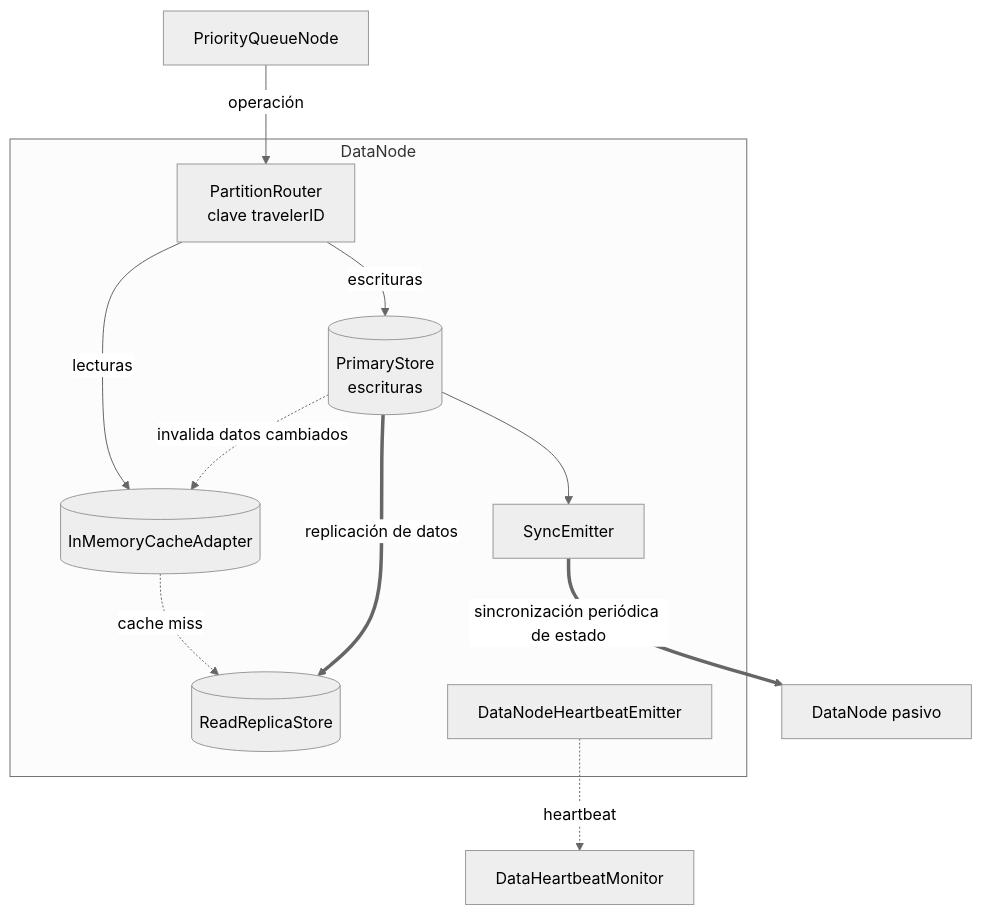
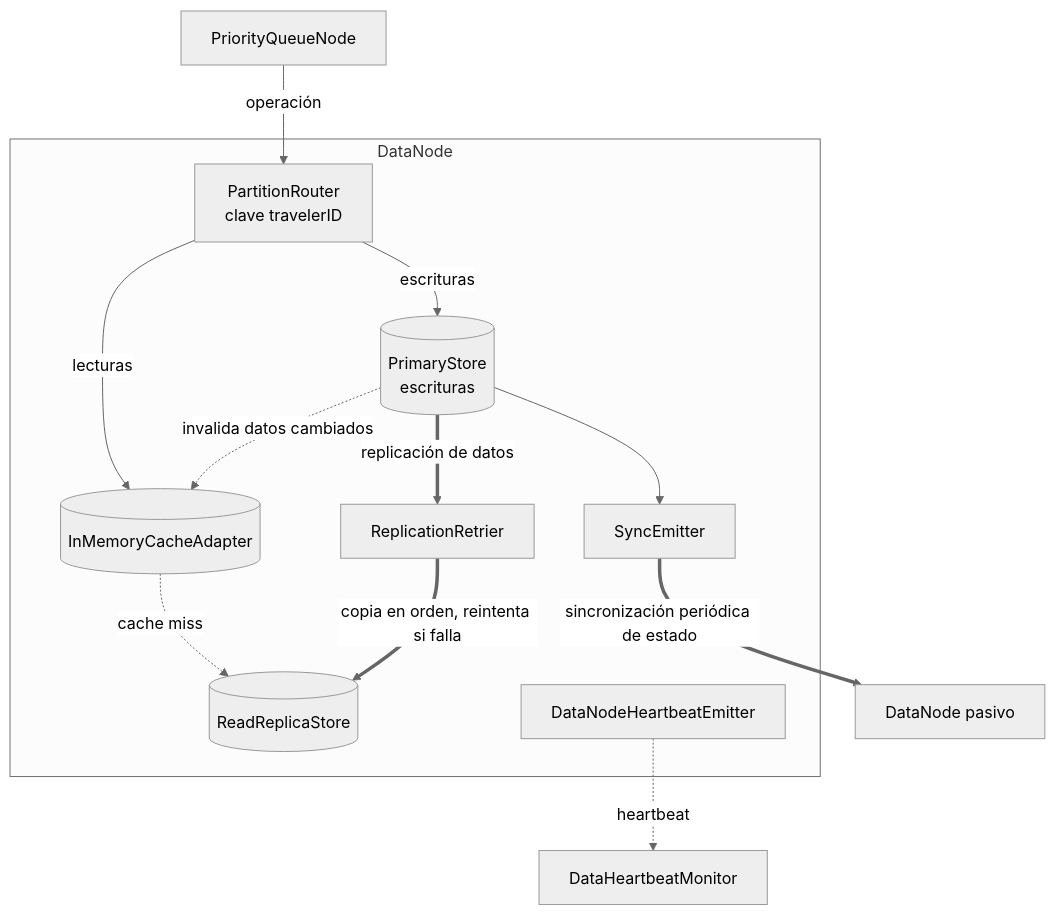
One commit to nicolas-wai/trotamundos changed the ninth of 18 diagrams in ArchitectureDesignV2.md. Above: the diagram before and after it, drawn with Mermaid (neutral theme). The commit also changed other lines of this file and 65 other files, not shown here.

````diff
--- a/ArchitectureDesignV2.md
+++ b/ArchitectureDesignV2.md
@@ -529,24 +532,26 @@
 ```mermaid
 flowchart TD
     Q["PriorityQueueNode"]
     subgraph ND ["DataNode"]
         SR["PartitionRouter<br/>clave travelerID"]
         CA[("InMemoryCacheAdapter")]
         PR[("PrimaryStore<br/>escrituras")]
         RR[("ReadReplicaStore")]
         SYNC["SyncEmitter"]
+        RET["ReplicationRetrier"]
         HBD["DataNodeHeartbeatEmitter"]
     end
     PAS["DataNode pasivo"]
     MON["DataHeartbeatMonitor"]
 
     Q -->|"operación"| SR
     SR -->|"lecturas"| CA
     SR -->|"escrituras"| PR
     CA -.->|"cache miss"| RR
     PR -.->|"invalida datos cambiados"| CA
-    PR ==>|"replicación de datos"| RR
+    PR ==>|"replicación de datos"| RET
+    RET ==>|"copia en orden, reintenta si falla"| RR
     PR --> SYNC
     SYNC ==>|"sincronización periódica de estado"| PAS
     HBD -.->|"heartbeat"| MON
 ```
````
